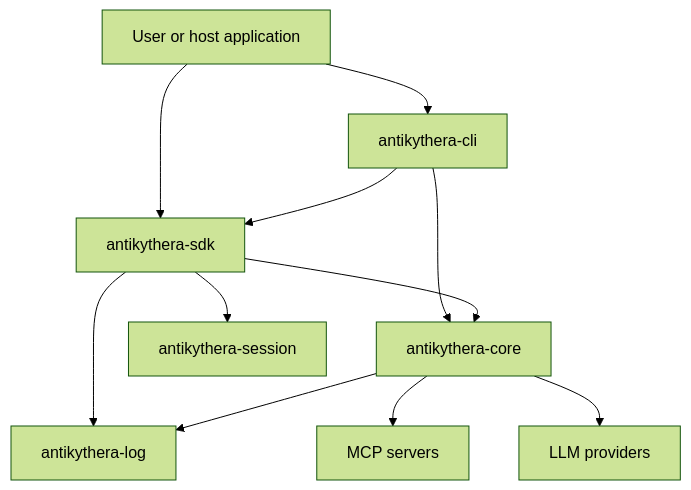
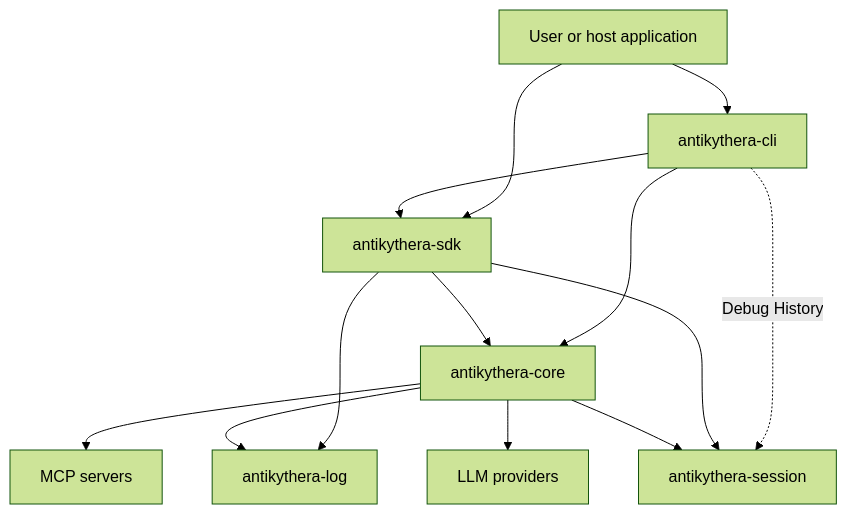
Before and after one commit to tsfarizi/antikhitera-mcp-client: the first of 2 diagrams in documentation/ARCHITECTURE.md, drawn with Mermaid (forest theme). The commit also changed other lines of this file and 47 other files, not shown here.

First line of the commit message:
Refactor logging and session management across core components

````diff
--- a/documentation/ARCHITECTURE.md
+++ b/documentation/ARCHITECTURE.md
@@ -7,22 +7,24 @@
 ```mermaid
 flowchart TD
     USER[User or host application]
     CLI[antikythera-cli]
     SDK[antikythera-sdk]
     CORE[antikythera-core]
     SESSION[antikythera-session]
     LOG[antikythera-log]
     MCP[MCP servers]
     LLM[LLM providers]
 
     USER --> CLI
     USER --> SDK
     CLI --> CORE
     CLI --> SDK
+    CLI -.->|Debug History| SESSION
     SDK --> CORE
     SDK --> SESSION
     SDK --> LOG
     CORE --> LOG
+    CORE --> SESSION
     CORE --> MCP
     CORE --> LLM
 ```
````
